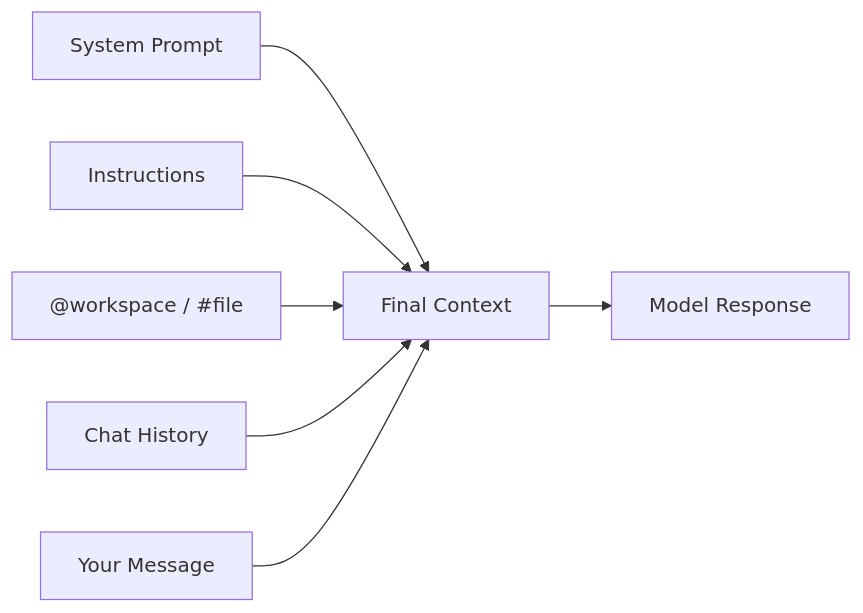
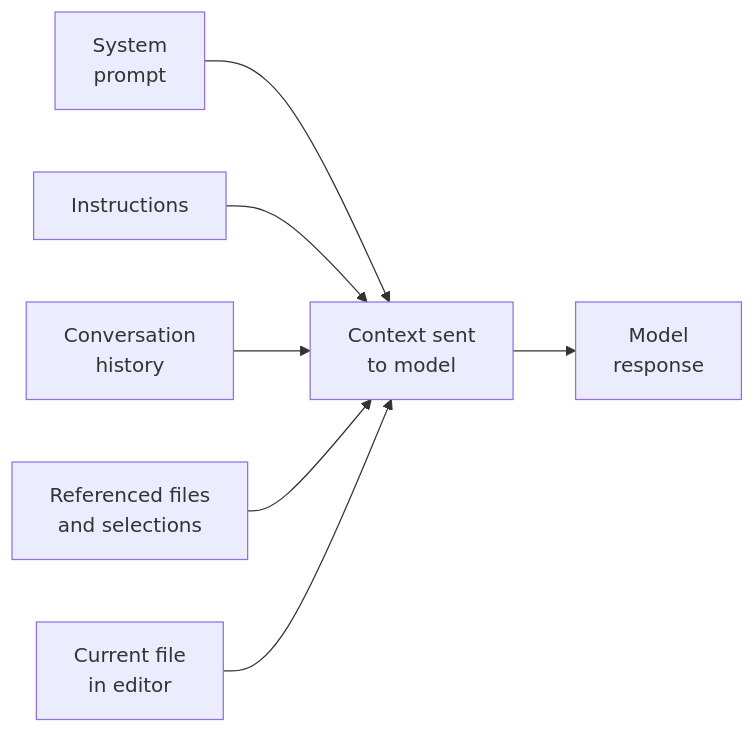
The first of 2 diagrams in workshops/copilot-dev-foundations/copilot-dev-foundations.slidev.md (tammym-demos/ghcp-agentic-hack), drawn with Mermaid before and after one commit. The commit also changed other lines of this file and 20 other files, not shown here.

````diff
--- a/workshops/copilot-dev-foundations/copilot-dev-foundations.slidev.md
+++ b/workshops/copilot-dev-foundations/copilot-dev-foundations.slidev.md
@@ -330,9 +317,9 @@
-```mermaid {scale: 0.45}
+```mermaid {scale: 0.65}
 graph LR
-    A["System Prompt"] --> F["Final Context"]
+    A["System<br/>prompt"] --> F["Context sent<br/>to model"]
     B["Instructions"] --> F
-    C["@workspace / #file"] --> F
-    D["Chat History"] --> F
-    E["Your Message"] --> F
-    F --> G["Model Response"]
+    C["Conversation<br/>history"] --> F
+    D["Referenced files<br/>and selections"] --> F
+    E["Current file<br/>in editor"] --> F
+    F --> G["Model<br/>response"]
 ```
````
